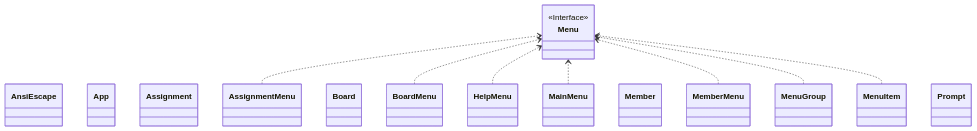
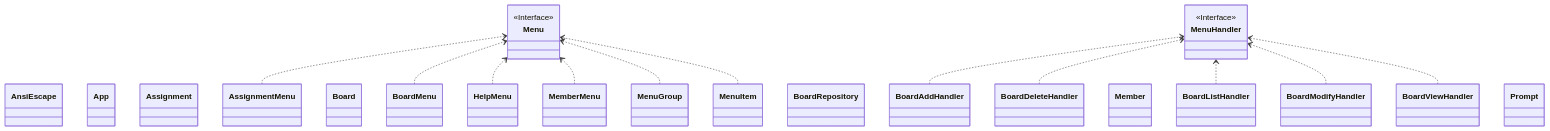
Before and after one commit to zhtmr/mystudy: the diagram in myapp/README.md, drawn with Mermaid. The commit also changed other lines of this file and 1 other file, not shown here.

````diff
--- a/myapp/README.md
+++ b/myapp/README.md
@@ -1,28 +1,41 @@
 ```mermaid
 classDiagram
     direction BT
     class AnsiEscape
     class App
     class Assignment
     class AssignmentMenu
     class Board
+    class BoardAddHandler
+    class BoardDeleteHandler
+    class BoardListHandler
     class BoardMenu
+    class BoardModifyHandler
+    class BoardRepository
+    class BoardViewHandler
     class HelpMenu
-    class MainMenu
     class Member
     class MemberMenu
     class Menu {
         <<Interface>>
     }
     class MenuGroup
+    class MenuHandler {
+        <<Interface>>
+    }
     class MenuItem
     class Prompt
 
     AssignmentMenu ..> Menu
+    BoardAddHandler ..> MenuHandler
+    BoardDeleteHandler ..> MenuHandler
+    BoardListHandler ..> MenuHandler
     BoardMenu ..> Menu
+    BoardModifyHandler ..> MenuHandler
+    BoardViewHandler ..> MenuHandler
     HelpMenu ..> Menu
-    MainMenu ..> Menu
     MemberMenu ..> Menu
     MenuGroup ..> Menu
-    MenuItem ..> Menu 
+    MenuItem ..> Menu
+
 ```
````
